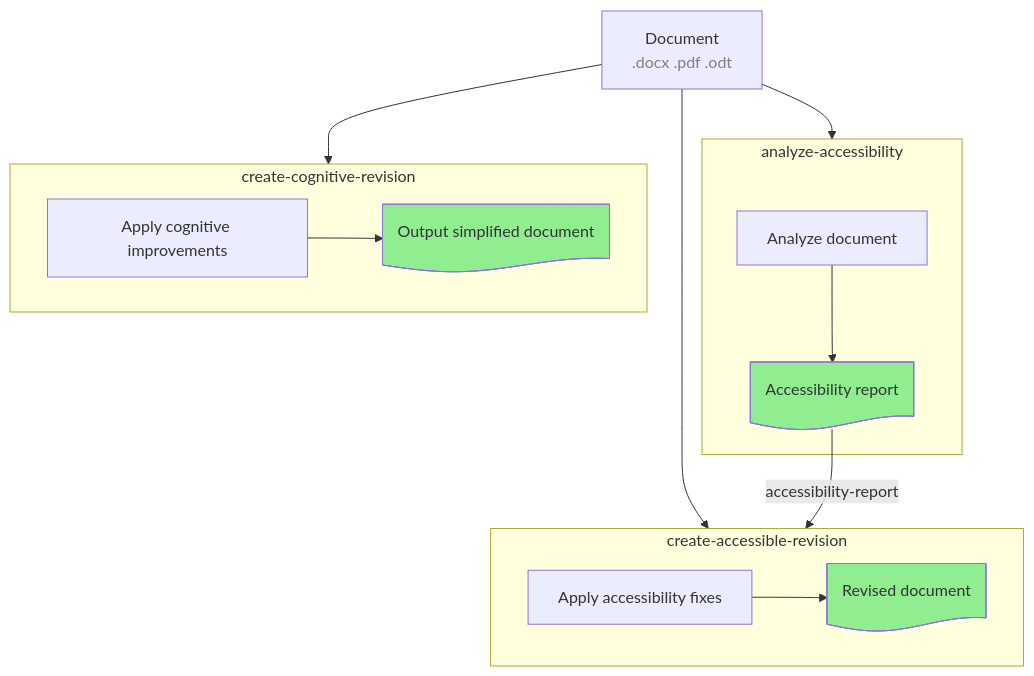
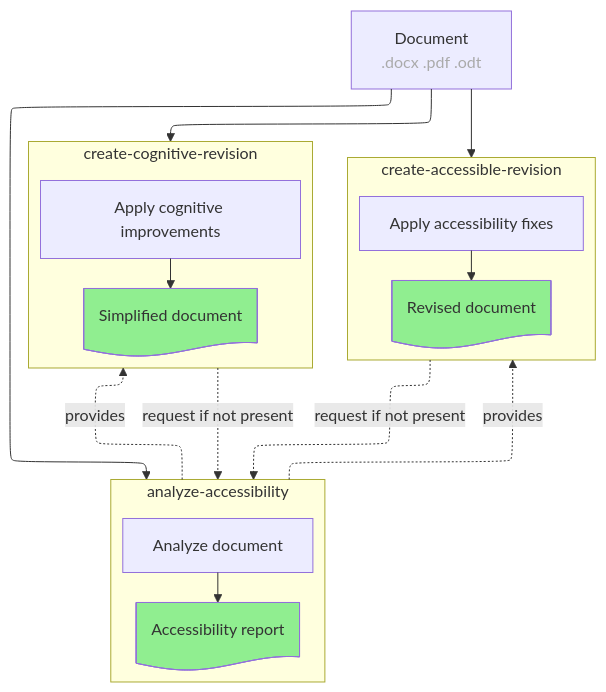
One commit to elcapo/accessibility-checker-skill changed the diagram in README.md. Above: the diagram before and after it, drawn with Mermaid. The commit also changed other lines of this file and 7 other files, not shown here.

Commit message:
include cognitive analysis in the alanyze-accessibility skill

````diff
--- a/README.md
+++ b/README.md
@@ -89,33 +95,42 @@
 ```mermaid
+---
+config:
+  layout: elk
+---
 flowchart TB
 
-subgraph s1["analyze-accessibility"]
-    A1["Analyze document"]
-    A2["Accessibility report"]
-end
+    subgraph analyze-accessibility["analyze-accessibility"]
+        direction TB
+            A1["Analyze document"]
+            A2["Accessibility report"]
+    end
 
-subgraph s2["create-accessible-revision"]
-    B1["Apply accessibility fixes"]
-    B2["Revised document"]
-end
+    subgraph create-accessible-revision["create-accessible-revision"]
+        direction TB
+            B1["Apply accessibility fixes"]
+            B2["Revised document"]
+    end
 
-subgraph s3["create-cognitive-revision"]
-    C1["Apply cognitive improvements"]
-    C2["Output simplified document"]
-end
+    subgraph create-cognitive-revision["create-cognitive-revision"]
+        direction TB
+            C1["Apply cognitive improvements"]
+            C2["Simplified document"]
+    end
 
-A1 --> A2
-B1 --> B2
-C1 --> C2
-Doc@{ label: "Document<br><span style=\"color: gray\">.docx .pdf .odt</span>" } --> s1 & s2 & s3
-A2 -- "accessibility-report" --> s2
+    A1 --> A2
+    B1 --> B2
+    C1 --> C2
+    Doc["Document<br><span style='color: #aaa'>.docx .pdf .odt</span>"] --> analyze-accessibility & create-cognitive-revision & create-accessible-revision
 
-A2@{ shape: doc}
-B2@{ shape: doc}
-C2@{ shape: doc}
-Doc@{ shape: rect}
+    create-accessible-revision -. request if not present .-> analyze-accessibility
+    analyze-accessibility -. provides .-> create-accessible-revision & create-cognitive-revision
+    create-cognitive-revision -. request if not present .-> analyze-accessibility
 
-style A2 fill:#90EE90
-style B2 fill:#90EE90
-style C2 fill:#90EE90
+    A2@{ shape: doc}
+    B2@{ shape: doc}
+    C2@{ shape: doc}
+
+    style A2 fill:#90EE90
+    style B2 fill:#90EE90
+    style C2 fill:#90EE90
 ```
````
